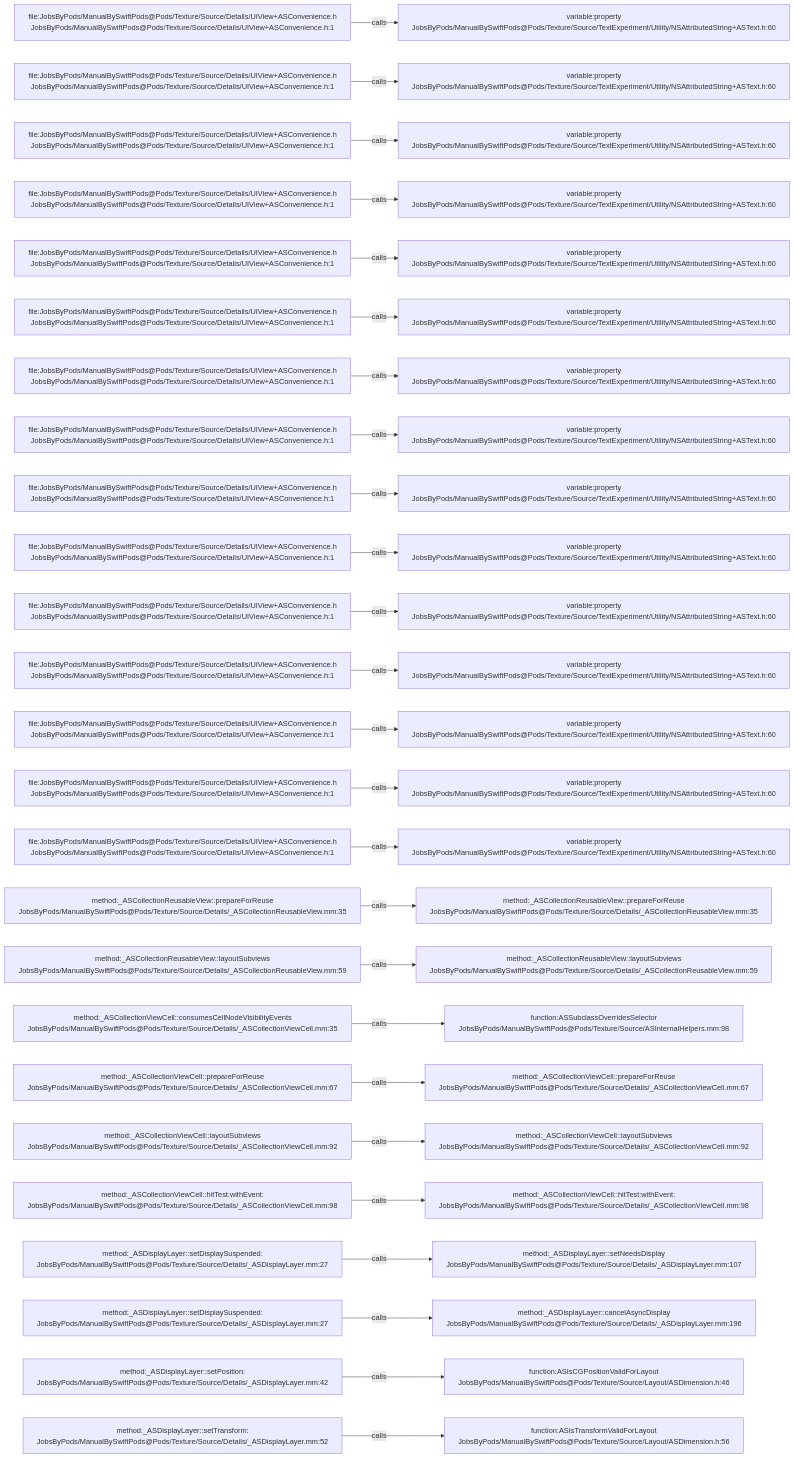
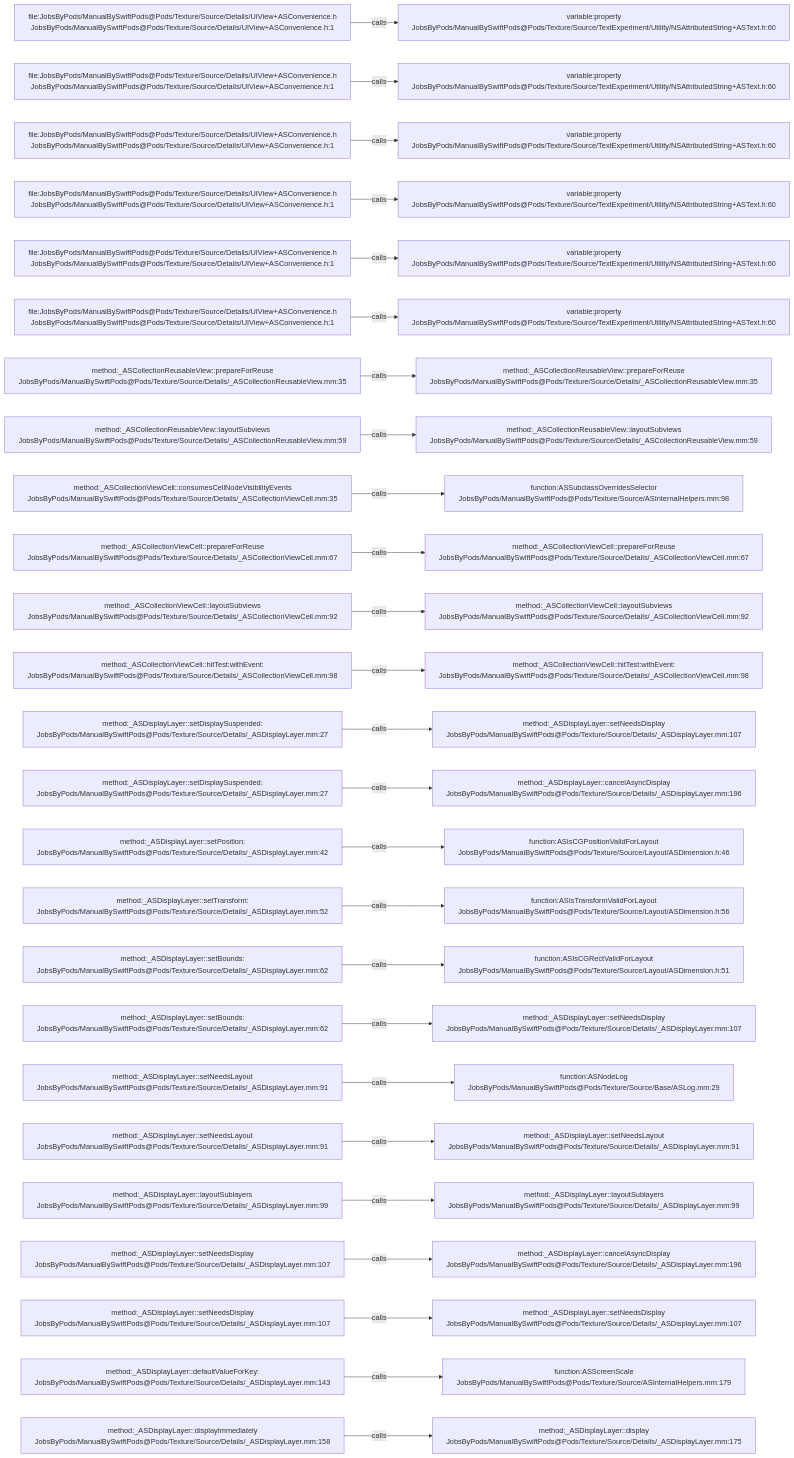
Before and after one commit to JobsKits/JobsSwiftBaseConfigDemo: the diagram in .codegraph/codegraph.md/graphs/calls-101.md, drawn with Mermaid. The commit also changed 707 other files, not shown here.

````diff
--- a/.codegraph/codegraph.md/graphs/calls-101.md
+++ b/.codegraph/codegraph.md/graphs/calls-101.md
@@ -13,78 +13,78 @@
 ```mermaid
 flowchart LR
   S1["file:JobsByPods/ManualBySwiftPods@Pods/Texture/Source/Details/UIView+ASConvenience.h<br/>JobsByPods/ManualBySwiftPods@Pods/Texture/Source/Details/UIView+ASConvenience.h:1"]
   T1["variable:property<br/>JobsByPods/ManualBySwiftPods@Pods/Texture/Source/TextExperiment/Utility/NSAttributedString+ASText.h:60"]
   S1 -->|calls| T1
   S2["file:JobsByPods/ManualBySwiftPods@Pods/Texture/Source/Details/UIView+ASConvenience.h<br/>JobsByPods/ManualBySwiftPods@Pods/Texture/Source/Details/UIView+ASConvenience.h:1"]
   T2["variable:property<br/>JobsByPods/ManualBySwiftPods@Pods/Texture/Source/TextExperiment/Utility/NSAttributedString+ASText.h:60"]
   S2 -->|calls| T2
   S3["file:JobsByPods/ManualBySwiftPods@Pods/Texture/Source/Details/UIView+ASConvenience.h<br/>JobsByPods/ManualBySwiftPods@Pods/Texture/Source/Details/UIView+ASConvenience.h:1"]
   T3["variable:property<br/>JobsByPods/ManualBySwiftPods@Pods/Texture/Source/TextExperiment/Utility/NSAttributedString+ASText.h:60"]
   S3 -->|calls| T3
   S4["file:JobsByPods/ManualBySwiftPods@Pods/Texture/Source/Details/UIView+ASConvenience.h<br/>JobsByPods/ManualBySwiftPods@Pods/Texture/Source/Details/UIView+ASConvenience.h:1"]
   T4["variable:property<br/>JobsByPods/ManualBySwiftPods@Pods/Texture/Source/TextExperiment/Utility/NSAttributedString+ASText.h:60"]
   S4 -->|calls| T4
   S5["file:JobsByPods/ManualBySwiftPods@Pods/Texture/Source/Details/UIView+ASConvenience.h<br/>JobsByPods/ManualBySwiftPods@Pods/Texture/Source/Details/UIView+ASConvenience.h:1"]
   T5["variable:property<br/>JobsByPods/ManualBySwiftPods@Pods/Texture/Source/TextExperiment/Utility/NSAttributedString+ASText.h:60"]
   S5 -->|calls| T5
   S6["file:JobsByPods/ManualBySwiftPods@Pods/Texture/Source/Details/UIView+ASConvenience.h<br/>JobsByPods/ManualBySwiftPods@Pods/Texture/Source/Details/UIView+ASConvenience.h:1"]
   T6["variable:property<br/>JobsByPods/ManualBySwiftPods@Pods/Texture/Source/TextExperiment/Utility/NSAttributedString+ASText.h:60"]
   S6 -->|calls| T6
-  S7["file:JobsByPods/ManualBySwiftPods@Pods/Texture/Source/Details/UIView+ASConvenience.h<br/>JobsByPods/ManualBySwiftPods@Pods/Texture/Source/Details/UIView+ASConvenience.h:1"]
-  T7["variable:property<br/>JobsByPods/ManualBySwiftPods@Pods/Texture/Source/TextExperiment/Utility/NSAttributedString+ASText.h:60"]
+  S7["method:_ASCollectionReusableView::prepareForReuse<br/>JobsByPods/ManualBySwiftPods@Pods/Texture/Source/Details/_ASCollectionReusableView.mm:35"]
+  T7["method:_ASCollectionReusableView::prepareForReuse<br/>JobsByPods/ManualBySwiftPods@Pods/Texture/Source/Details/_ASCollectionReusableView.mm:35"]
   S7 -->|calls| T7
-  S8["file:JobsByPods/ManualBySwiftPods@Pods/Texture/Source/Details/UIView+ASConvenience.h<br/>JobsByPods/ManualBySwiftPods@Pods/Texture/Source/Details/UIView+ASConvenience.h:1"]
-  T8["variable:property<br/>JobsByPods/ManualBySwiftPods@Pods/Texture/Source/TextExperiment/Utility/NSAttributedString+ASText.h:60"]
+  S8["method:_ASCollectionReusableView::layoutSubviews<br/>JobsByPods/ManualBySwiftPods@Pods/Texture/Source/Details/_ASCollectionReusableView.mm:59"]
+  T8["method:_ASCollectionReusableView::layoutSubviews<br/>JobsByPods/ManualBySwiftPods@Pods/Texture/Source/Details/_ASCollectionReusableView.mm:59"]
   S8 -->|calls| T8
-  S9["file:JobsByPods/ManualBySwiftPods@Pods/Texture/Source/Details/UIView+ASConvenience.h<br/>JobsByPods/ManualBySwiftPods@Pods/Texture/Source/Details/UIView+ASConvenience.h:1"]
-  T9["variable:property<br/>JobsByPods/ManualBySwiftPods@Pods/Texture/Source/TextExperiment/Utility/NSAttributedString+ASText.h:60"]
+  S9["method:_ASCollectionViewCell::consumesCellNodeVisibilityEvents<br/>JobsByPods/ManualBySwiftPods@Pods/Texture/Source/Details/_ASCollectionViewCell.mm:35"]
+  T9["function:ASSubclassOverridesSelector<br/>JobsByPods/ManualBySwiftPods@Pods/Texture/Source/ASInternalHelpers.mm:98"]
   S9 -->|calls| T9
-  S10["file:JobsByPods/ManualBySwiftPods@Pods/Texture/Source/Details/UIView+ASConvenience.h<br/>JobsByPods/ManualBySwiftPods@Pods/Texture/Source/Details/UIView+ASConvenience.h:1"]
-  T10["variable:property<br/>JobsByPods/ManualBySwiftPods@Pods/Texture/Source/TextExperiment/Utility/NSAttributedString+ASText.h:60"]
+  S10["method:_ASCollectionViewCell::prepareForReuse<br/>JobsByPods/ManualBySwiftPods@Pods/Texture/Source/Details/_ASCollectionViewCell.mm:67"]
+  T10["method:_ASCollectionViewCell::prepareForReuse<br/>JobsByPods/ManualBySwiftPods@Pods/Texture/Source/Details/_ASCollectionViewCell.mm:67"]
   S10 -->|calls| T10
-  S11["file:JobsByPods/ManualBySwiftPods@Pods/Texture/Source/Details/UIView+ASConvenience.h<br/>JobsByPods/ManualBySwiftPods@Pods/Texture/Source/Details/UIView+ASConvenience.h:1"]
-  T11["variable:property<br/>JobsByPods/ManualBySwiftPods@Pods/Texture/Source/TextExperiment/Utility/NSAttributedString+ASText.h:60"]
+  S11["method:_ASCollectionViewCell::layoutSubviews<br/>JobsByPods/ManualBySwiftPods@Pods/Texture/Source/Details/_ASCollectionViewCell.mm:92"]
+  T11["method:_ASCollectionViewCell::layoutSubviews<br/>JobsByPods/ManualBySwiftPods@Pods/Texture/Source/Details/_ASCollectionViewCell.mm:92"]
   S11 -->|calls| T11
-  S12["file:JobsByPods/ManualBySwiftPods@Pods/Texture/Source/Details/UIView+ASConvenience.h<br/>JobsByPods/ManualBySwiftPods@Pods/Texture/Source/Details/UIView+ASConvenience.h:1"]
-  T12["variable:property<br/>JobsByPods/ManualBySwiftPods@Pods/Texture/Source/TextExperiment/Utility/NSAttributedString+ASText.h:60"]
+  S12["method:_ASCollectionViewCell::hitTest:withEvent:<br/>JobsByPods/ManualBySwiftPods@Pods/Texture/Source/Details/_ASCollectionViewCell.mm:98"]
+  T12["method:_ASCollectionViewCell::hitTest:withEvent:<br/>JobsByPods/ManualBySwiftPods@Pods/Texture/Source/Details/_ASCollectionViewCell.mm:98"]
   S12 -->|calls| T12
-  S13["file:JobsByPods/ManualBySwiftPods@Pods/Texture/Source/Details/UIView+ASConvenience.h<br/>JobsByPods/ManualBySwiftPods@Pods/Texture/Source/Details/UIView+ASConvenience.h:1"]
-  T13["variable:property<br/>JobsByPods/ManualBySwiftPods@Pods/Texture/Source/TextExperiment/Utility/NSAttributedString+ASText.h:60"]
+  S13["method:_ASDisplayLayer::setDisplaySuspended:<br/>JobsByPods/ManualBySwiftPods@Pods/Texture/Source/Details/_ASDisplayLayer.mm:27"]
+  T13["method:_ASDisplayLayer::setNeedsDisplay<br/>JobsByPods/ManualBySwiftPods@Pods/Texture/Source/Details/_ASDisplayLayer.mm:107"]
   S13 -->|calls| T13
-  S14["file:JobsByPods/ManualBySwiftPods@Pods/Texture/Source/Details/UIView+ASConvenience.h<br/>JobsByPods/ManualBySwiftPods@Pods/Texture/Source/Details/UIView+ASConvenience.h:1"]
-  T14["variable:property<br/>JobsByPods/ManualBySwiftPods@Pods/Texture/Source/TextExperiment/Utility/NSAttributedString+ASText.h:60"]
+  S14["method:_ASDisplayLayer::setDisplaySuspended:<br/>JobsByPods/ManualBySwiftPods@Pods/Texture/Source/Details/_ASDisplayLayer.mm:27"]
+  T14["method:_ASDisplayLayer::cancelAsyncDisplay<br/>JobsByPods/ManualBySwiftPods@Pods/Texture/Source/Details/_ASDisplayLayer.mm:196"]
   S14 -->|calls| T14
-  S15["file:JobsByPods/ManualBySwiftPods@Pods/Texture/Source/Details/UIView+ASConvenience.h<br/>JobsByPods/ManualBySwiftPods@Pods/Texture/Source/Details/UIView+ASConvenience.h:1"]
-  T15["variable:property<br/>JobsByPods/ManualBySwiftPods@Pods/Texture/Source/TextExperiment/Utility/NSAttributedString+ASText.h:60"]
+  S15["method:_ASDisplayLayer::setPosition:<br/>JobsByPods/ManualBySwiftPods@Pods/Texture/Source/Details/_ASDisplayLayer.mm:42"]
+  T15["function:ASIsCGPositionValidForLayout<br/>JobsByPods/ManualBySwiftPods@Pods/Texture/Source/Layout/ASDimension.h:46"]
   S15 -->|calls| T15
-  S16["method:_ASCollectionReusableView::prepareForReuse<br/>JobsByPods/ManualBySwiftPods@Pods/Texture/Source/Details/_ASCollectionReusableView.mm:35"]
-  T16["method:_ASCollectionReusableView::prepareForReuse<br/>JobsByPods/ManualBySwiftPods@Pods/Texture/Source/Details/_ASCollectionReusableView.mm:35"]
+  S16["method:_ASDisplayLayer::setTransform:<br/>JobsByPods/ManualBySwiftPods@Pods/Texture/Source/Details/_ASDisplayLayer.mm:52"]
+  T16["function:ASIsTransformValidForLayout<br/>JobsByPods/ManualBySwiftPods@Pods/Texture/Source/Layout/ASDimension.h:56"]
   S16 -->|calls| T16
-  S17["method:_ASCollectionReusableView::layoutSubviews<br/>JobsByPods/ManualBySwiftPods@Pods/Texture/Source/Details/_ASCollectionReusableView.mm:59"]
-  T17["method:_ASCollectionReusableView::layoutSubviews<br/>JobsByPods/ManualBySwiftPods@Pods/Texture/Source/Details/_ASCollectionReusableView.mm:59"]
+  S17["method:_ASDisplayLayer::setBounds:<br/>JobsByPods/ManualBySwiftPods@Pods/Texture/Source/Details/_ASDisplayLayer.mm:62"]
+  T17["function:ASIsCGRectValidForLayout<br/>JobsByPods/ManualBySwiftPods@Pods/Texture/Source/Layout/ASDimension.h:51"]
   S17 -->|calls| T17
-  S18["method:_ASCollectionViewCell::consumesCellNodeVisibilityEvents<br/>JobsByPods/ManualBySwiftPods@Pods/Texture/Source/Details/_ASCollectionViewCell.mm:35"]
-  T18["function:ASSubclassOverridesSelector<br/>JobsByPods/ManualBySwiftPods@Pods/Texture/Source/ASInternalHelpers.mm:98"]
+  S18["method:_ASDisplayLayer::setBounds:<br/>JobsByPods/ManualBySwiftPods@Pods/Texture/Source/Details/_ASDisplayLayer.mm:62"]
+  T18["method:_ASDisplayLayer::setNeedsDisplay<br/>JobsByPods/ManualBySwiftPods@Pods/Texture/Source/Details/_ASDisplayLayer.mm:107"]
   S18 -->|calls| T18
-  S19["method:_ASCollectionViewCell::prepareForReuse<br/>JobsByPods/ManualBySwiftPods@Pods/Texture/Source/Details/_ASCollectionViewCell.mm:67"]
-  T19["method:_ASCollectionViewCell::prepareForReuse<br/>JobsByPods/ManualBySwiftPods@Pods/Texture/Source/Details/_ASCollectionViewCell.mm:67"]
+  S19["method:_ASDisplayLayer::setNeedsLayout<br/>JobsByPods/ManualBySwiftPods@Pods/Texture/Source/Details/_ASDisplayLayer.mm:91"]
+  T19["function:ASNodeLog<br/>JobsByPods/ManualBySwiftPods@Pods/Texture/Source/Base/ASLog.mm:29"]
   S19 -->|calls| T19
-  S20["method:_ASCollectionViewCell::layoutSubviews<br/>JobsByPods/ManualBySwiftPods@Pods/Texture/Source/Details/_ASCollectionViewCell.mm:92"]
-  T20["method:_ASCollectionViewCell::layoutSubviews<br/>JobsByPods/ManualBySwiftPods@Pods/Texture/Source/Details/_ASCollectionViewCell.mm:92"]
+  S20["method:_ASDisplayLayer::setNeedsLayout<br/>JobsByPods/ManualBySwiftPods@Pods/Texture/Source/Details/_ASDisplayLayer.mm:91"]
+  T20["method:_ASDisplayLayer::setNeedsLayout<br/>JobsByPods/ManualBySwiftPods@Pods/Texture/Source/Details/_ASDisplayLayer.mm:91"]
   S20 -->|calls| T20
-  S21["method:_ASCollectionViewCell::hitTest:withEvent:<br/>JobsByPods/ManualBySwiftPods@Pods/Texture/Source/Details/_ASCollectionViewCell.mm:98"]
-  T21["method:_ASCollectionViewCell::hitTest:withEvent:<br/>JobsByPods/ManualBySwiftPods@Pods/Texture/Source/Details/_ASCollectionViewCell.mm:98"]
+  S21["method:_ASDisplayLayer::layoutSublayers<br/>JobsByPods/ManualBySwiftPods@Pods/Texture/Source/Details/_ASDisplayLayer.mm:99"]
+  T21["method:_ASDisplayLayer::layoutSublayers<br/>JobsByPods/ManualBySwiftPods@Pods/Texture/Source/Details/_ASDisplayLayer.mm:99"]
   S21 -->|calls| T21
-  S22["method:_ASDisplayLayer::setDisplaySuspended:<br/>JobsByPods/ManualBySwiftPods@Pods/Texture/Source/Details/_ASDisplayLayer.mm:27"]
-  T22["method:_ASDisplayLayer::setNeedsDisplay<br/>JobsByPods/ManualBySwiftPods@Pods/Texture/Source/Details/_ASDisplayLayer.mm:107"]
+  S22["method:_ASDisplayLayer::setNeedsDisplay<br/>JobsByPods/ManualBySwiftPods@Pods/Texture/Source/Details/_ASDisplayLayer.mm:107"]
+  T22["method:_ASDisplayLayer::cancelAsyncDisplay<br/>JobsByPods/ManualBySwiftPods@Pods/Texture/Source/Details/_ASDisplayLayer.mm:196"]
   S22 -->|calls| T22
-  S23["method:_ASDisplayLayer::setDisplaySuspended:<br/>JobsByPods/ManualBySwiftPods@Pods/Texture/Source/Details/_ASDisplayLayer.mm:27"]
-  T23["method:_ASDisplayLayer::cancelAsyncDisplay<br/>JobsByPods/ManualBySwiftPods@Pods/Texture/Source/Details/_ASDisplayLayer.mm:196"]
+  S23["method:_ASDisplayLayer::setNeedsDisplay<br/>JobsByPods/ManualBySwiftPods@Pods/Texture/Source/Details/_ASDisplayLayer.mm:107"]
+  T23["method:_ASDisplayLayer::setNeedsDisplay<br/>JobsByPods/ManualBySwiftPods@Pods/Texture/Source/Details/_ASDisplayLayer.mm:107"]
   S23 -->|calls| T23
-  S24["method:_ASDisplayLayer::setPosition:<br/>JobsByPods/ManualBySwiftPods@Pods/Texture/Source/Details/_ASDisplayLayer.mm:42"]
-  T24["function:ASIsCGPositionValidForLayout<br/>JobsByPods/ManualBySwiftPods@Pods/Texture/Source/Layout/ASDimension.h:46"]
+  S24["method:_ASDisplayLayer::defaultValueForKey:<br/>JobsByPods/ManualBySwiftPods@Pods/Texture/Source/Details/_ASDisplayLayer.mm:143"]
+  T24["function:ASScreenScale<br/>JobsByPods/ManualBySwiftPods@Pods/Texture/Source/ASInternalHelpers.mm:179"]
   S24 -->|calls| T24
-  S25["method:_ASDisplayLayer::setTransform:<br/>JobsByPods/ManualBySwiftPods@Pods/Texture/Source/Details/_ASDisplayLayer.mm:52"]
-  T25["function:ASIsTransformValidForLayout<br/>JobsByPods/ManualBySwiftPods@Pods/Texture/Source/Layout/ASDimension.h:56"]
+  S25["method:_ASDisplayLayer::displayImmediately<br/>JobsByPods/ManualBySwiftPods@Pods/Texture/Source/Details/_ASDisplayLayer.mm:158"]
+  T25["method:_ASDisplayLayer::display<br/>JobsByPods/ManualBySwiftPods@Pods/Texture/Source/Details/_ASDisplayLayer.mm:175"]
   S25 -->|calls| T25
 ```
````
